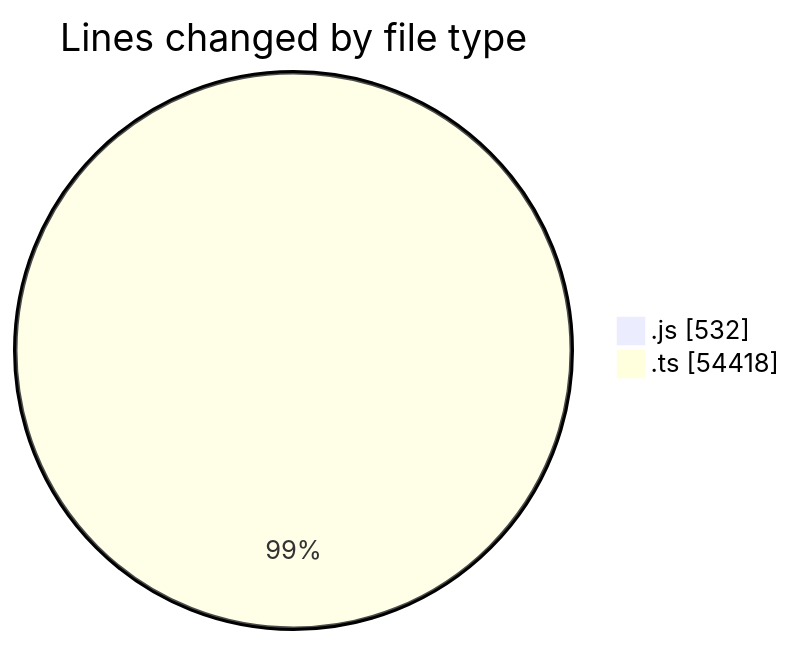
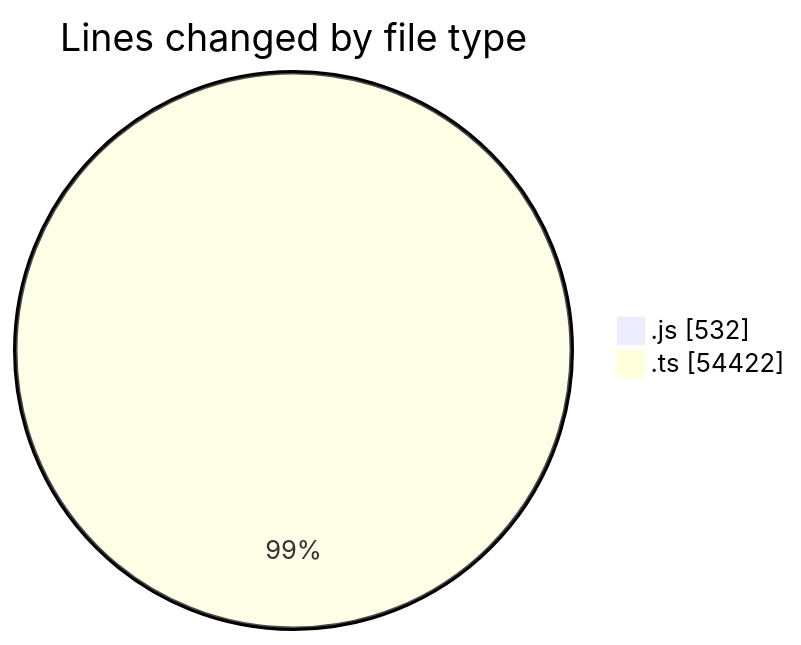
The first of 2 diagrams in 2025-06-19/cda/README.md (momahboobian/code-tracking), drawn with Mermaid before and after one commit. The commit also changed other lines of this file and 1 other file, not shown here.

````diff
--- a/2025-06-19/cda/README.md
+++ b/2025-06-19/cda/README.md
@@ -31,6 +31,6 @@
 ```mermaid
 pie showData
 title Lines changed by file type
 ".js" : 532
-".ts" : 54418
+".ts" : 54422
 ```
````
